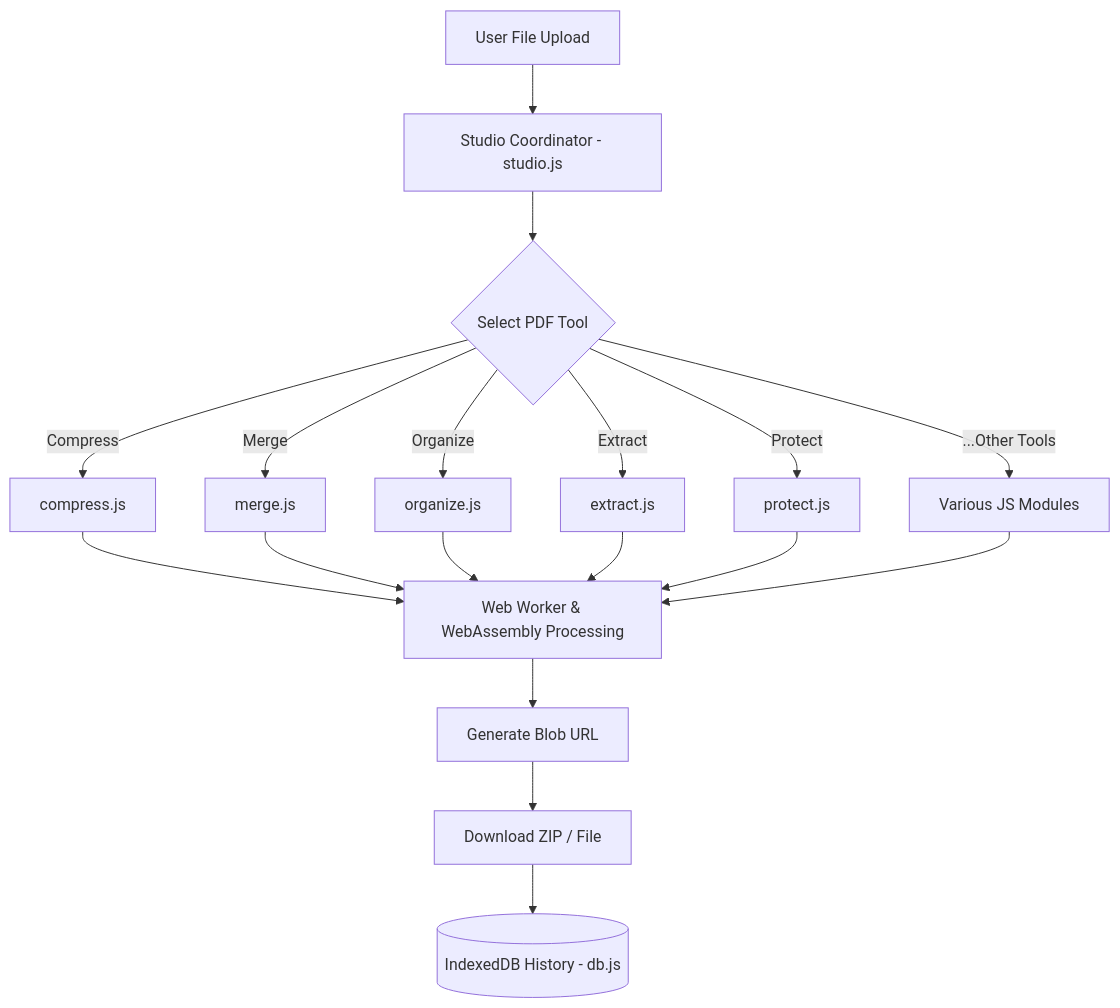
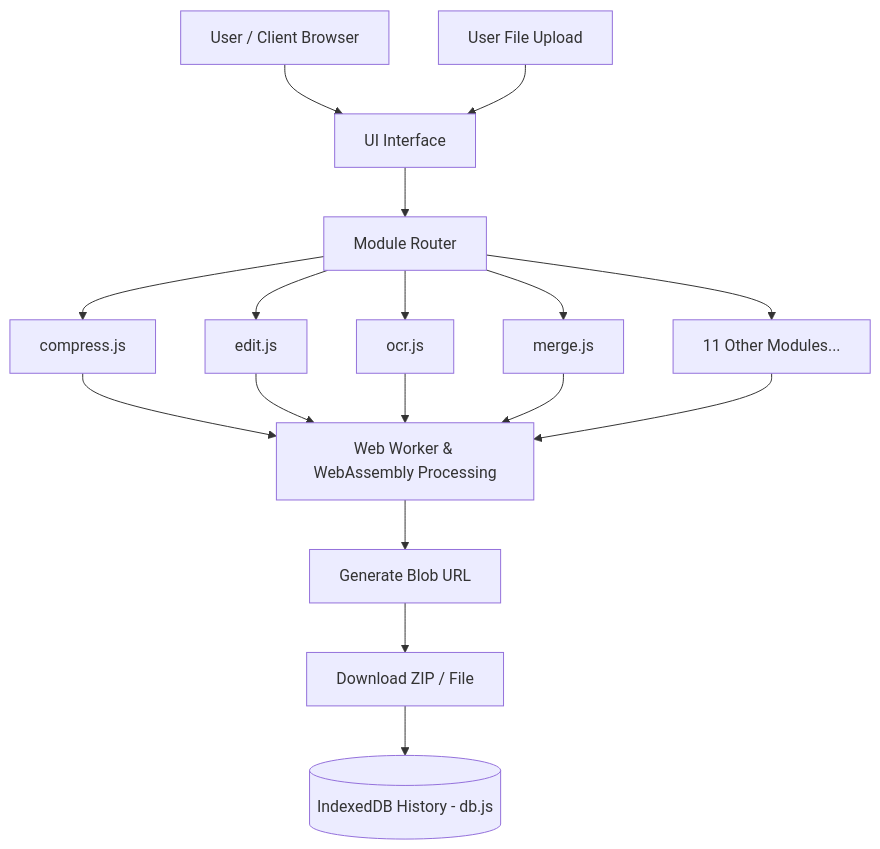
One commit to abhranilsingharoy-cloud/ZapPDF changed the diagram in README.md. Above: the diagram before and after it, drawn with Mermaid. The commit also changed other lines of this file and 21 other files, not shown here.

````diff
--- a/README.md
+++ b/README.md
@@ -79,25 +74,24 @@
 ```mermaid
 graph TD
-    Upload[User File Upload] --> Coord[Studio Coordinator - studio.js]
+    User[User / Client Browser]
+    User --> UI[UI Interface]
+    Upload[User File Upload] --> UI
+    UI --> Router[Module Router]
     
-    Coord --> Select{Select PDF Tool}
+    Router --> Compress[compress.js]
+    Router --> Edit[edit.js]
+    Router --> OCR[ocr.js]
+    Router --> Merge[merge.js]
+    Router --> Etc[11 Other Modules...]
     
-    Select -->|Compress| Comp[compress.js]
-    Select -->|Merge| Mrg[merge.js]
-    Select -->|Organize| Org[organize.js]
-    Select -->|Extract| Ext[extract.js]
-    Select -->|Protect| Pro[protect.js]
-    Select -->|...Other Tools| Oth[Various JS Modules]
-    
-    Comp --> Wasm[Web Worker & WebAssembly Processing]
-    Mrg --> Wasm
-    Org --> Wasm
-    Ext --> Wasm
-    Pro --> Wasm
-    Oth --> Wasm
+    Compress --> Wasm[Web Worker & WebAssembly Processing]
+    Edit --> Wasm
+    OCR --> Wasm
+    Merge --> Wasm
+    Etc --> Wasm
     
     Wasm --> Blob[Generate Blob URL]
     
     Blob --> Down[Download ZIP / File]
     Down --> DB[(IndexedDB History - db.js)]
 ```
````
